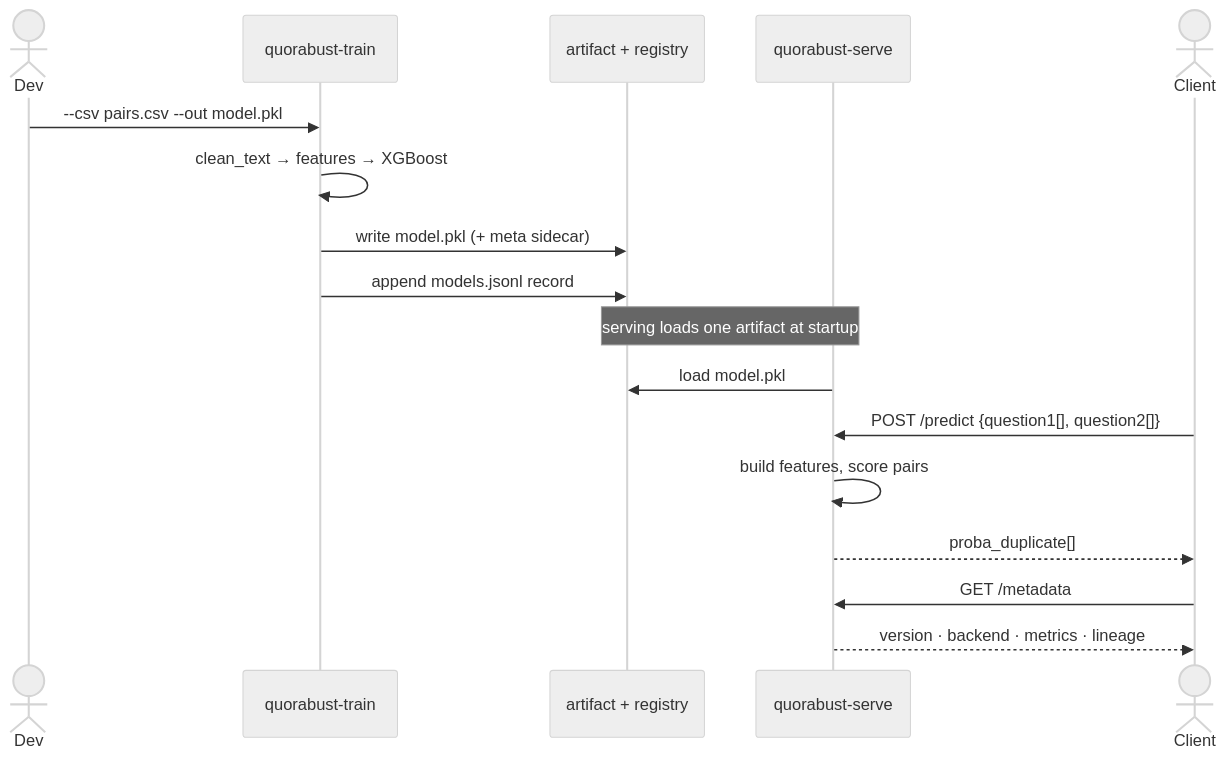
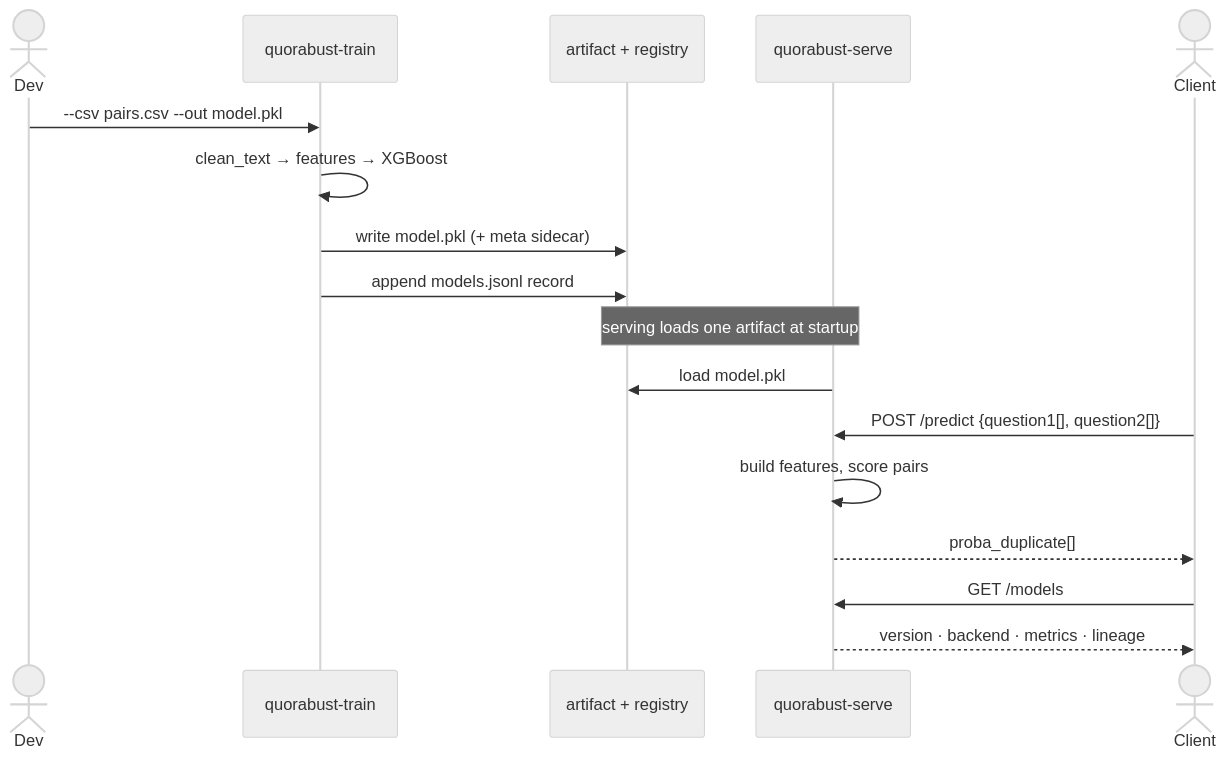
Before and after one commit to AlisinaDevelo/Quorabust: the third of 4 diagrams in docs/ARCHITECTURE.md, drawn with Mermaid (neutral theme). The commit also changed other lines of this file and 1 other file, not shown here.

Commit message:
docs: align architecture with serving contract

````diff
--- a/docs/ARCHITECTURE.md
+++ b/docs/ARCHITECTURE.md
@@ -52,20 +52,20 @@
 ```mermaid
 sequenceDiagram
   actor Dev
   participant Train as quorabust-train
   participant FS as artifact + registry
   participant API as quorabust-serve
   actor Client
 
   Dev->>Train: --csv pairs.csv --out model.pkl
   Train->>Train: clean_text → features → XGBoost
   Train->>FS: write model.pkl (+ meta sidecar)
   Train->>FS: append models.jsonl record
   Note over API,FS: serving loads one artifact at startup
   API->>FS: load model.pkl
   Client->>API: POST /predict {question1[], question2[]}
   API->>API: build features, score pairs
   API-->>Client: proba_duplicate[]
-  Client->>API: GET /metadata
+  Client->>API: GET /models
   API-->>Client: version · backend · metrics · lineage
 ```
````
